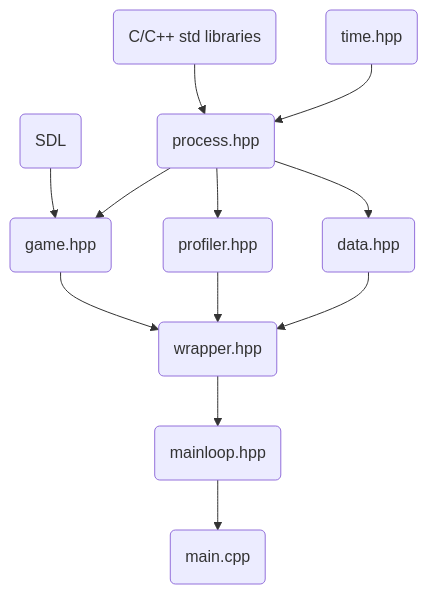
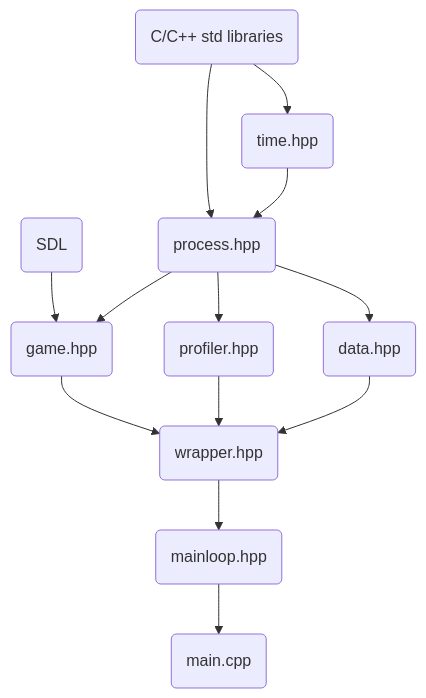
One commit to sibjor/ParkourRunner changed the diagram in README.md. Above: the diagram before and after it, drawn with Mermaid. The commit also changed 1 other file, not shown here.

````diff
--- a/README.md
+++ b/README.md
@@ -11,12 +11,13 @@
 ```mermaid
 flowchart TD
     A(C/C++ std libraries) --> B(process.hpp)
     C(SDL) --> E
     B --> E(game.hpp) -->I(wrapper.hpp)
     B --> G(profiler.hpp) -->I
     B --> H(data.hpp) --> I
     J(time.hpp) --> B
+    A --> J
     I --> K(mainloop.hpp)
     K --> L(main.cpp)
 
 ```
````
